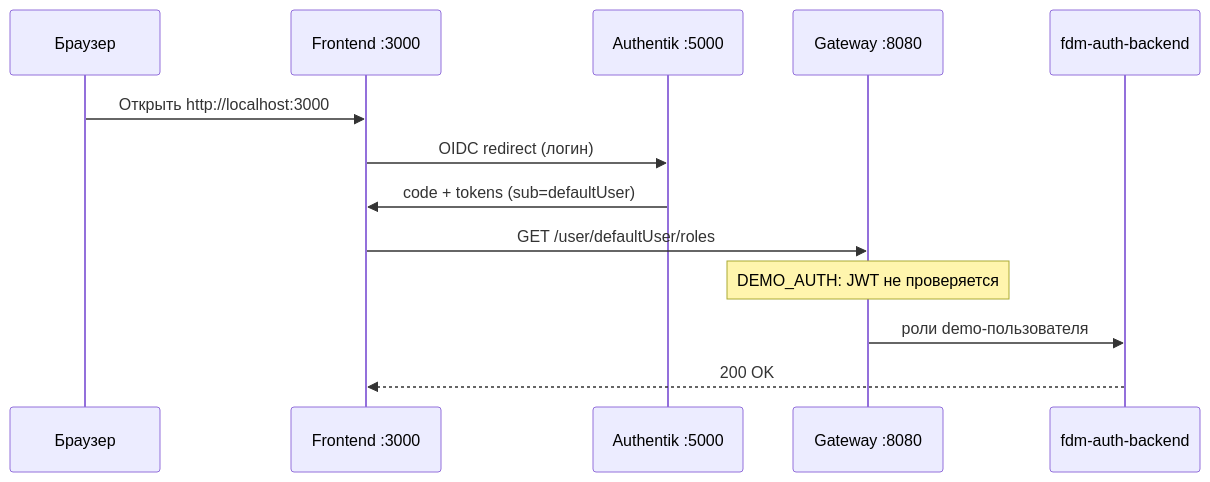
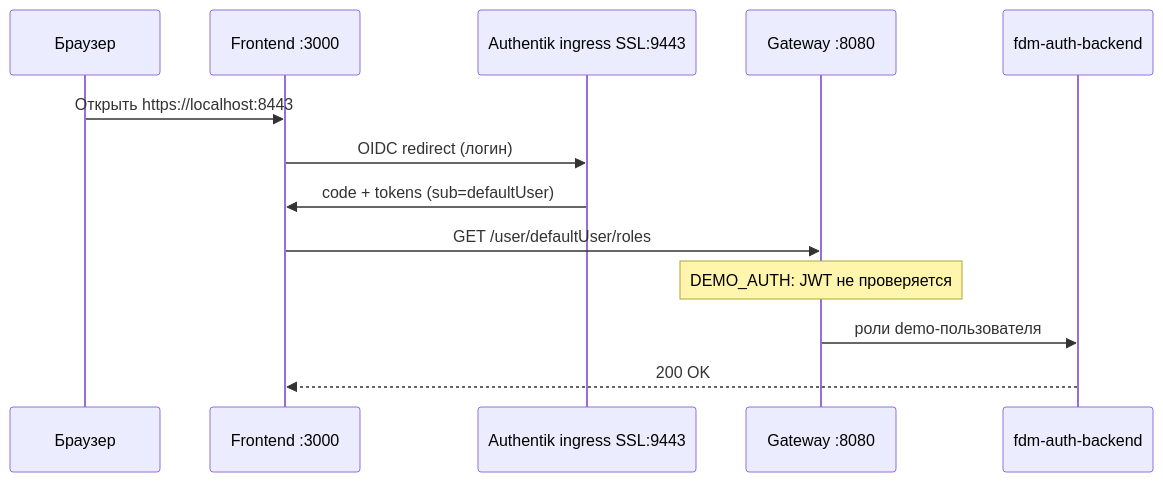
One commit to tech-beeline/beeatlas-fdm-infrastructure changed the diagram in README.md. Above: the diagram before and after it, drawn with Mermaid. The commit also changed other lines of this file and 3 other files, not shown here.

````diff
--- a/README.md
+++ b/README.md
@@ -210,16 +210,18 @@
 ```mermaid
 sequenceDiagram
     participant U as Браузер
+    participant F as Frontend ingress SSL :8443
     participant F as Frontend :3000
     participant A as Authentik :5000
+    participant A as Authentik ingress SSL:9443
     participant G as Gateway :8080
     participant Auth as fdm-auth-backend
 
-    U->>F: Открыть http://localhost:3000
+    U->>F: Открыть https://localhost:8443
     F->>A: OIDC redirect (логин)
     A->>F: code + tokens (sub=defaultUser)
     F->>G: GET /user/defaultUser/roles
     Note over G: DEMO_AUTH: JWT не проверяется
     G->>Auth: роли demo-пользователя
     Auth-->>F: 200 OK
 ```
````
